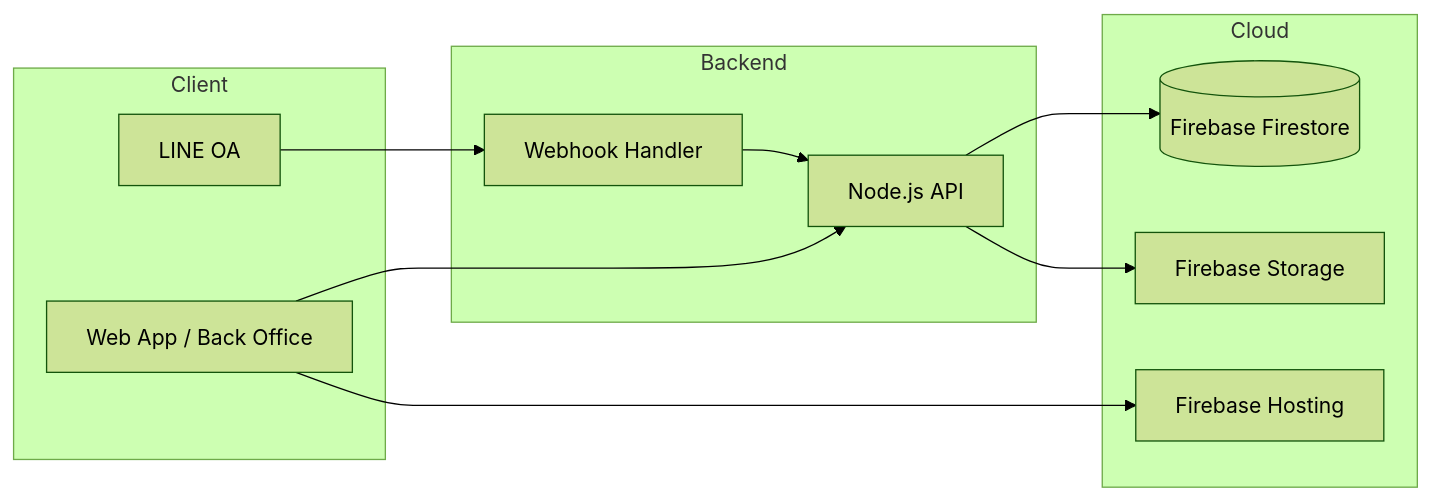
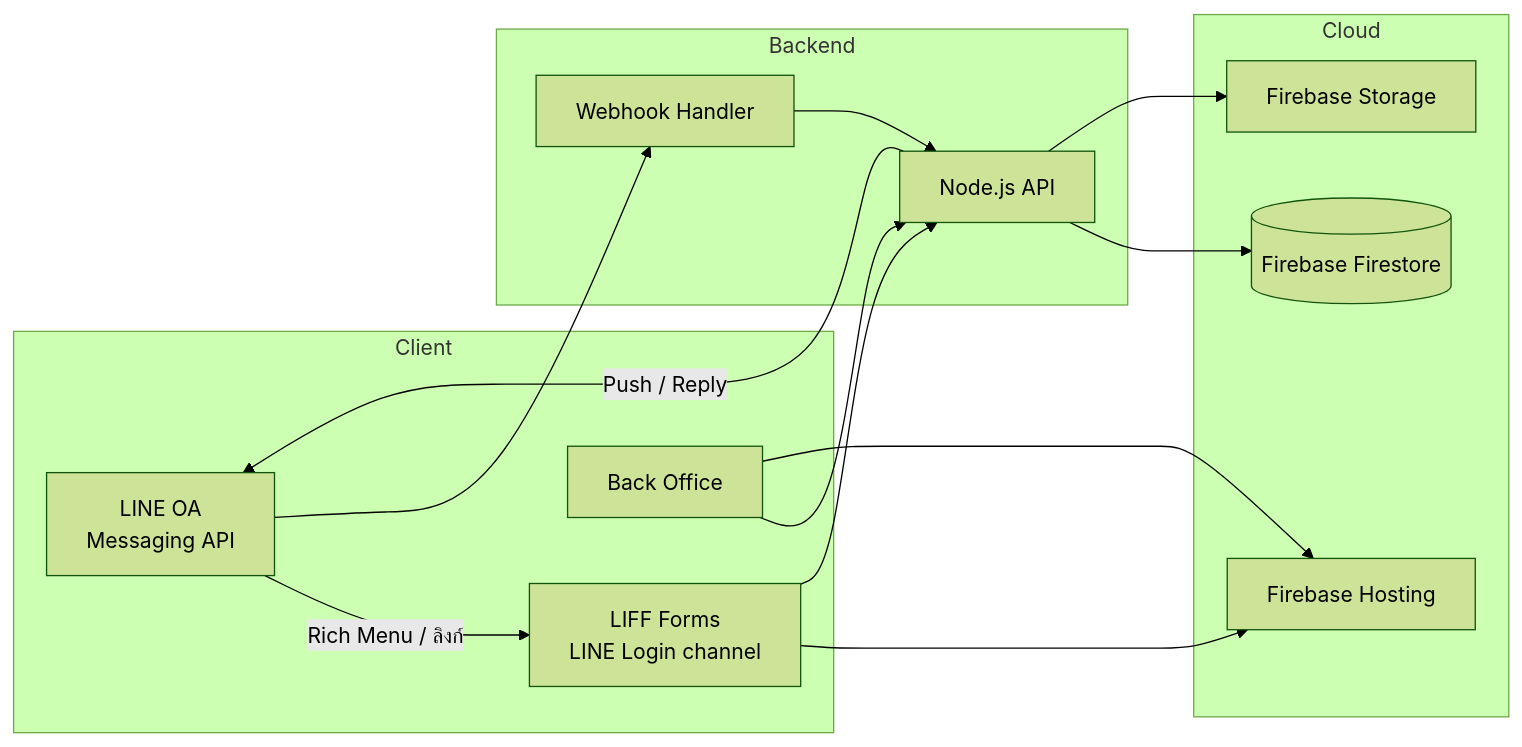
One commit to Cakenomsod/Fastwork_ABTA changed the diagram in ABTA-System/07-Tech-Stack.md. Above: the diagram before and after it, drawn with Mermaid (forest theme). The commit also changed other lines of this file and 7 other files, not shown here.

Commit message:
Refine membership flow: updated to promote permanent membership after registrar approval, revised temporary receipt issuance, and enhanced documentation for legacy member verification and LINE UID binding. Adjusted workflows and status definitions for clarity.

````diff
--- a/ABTA-System/07-Tech-Stack.md
+++ b/ABTA-System/07-Tech-Stack.md
@@ -39,25 +86,30 @@
 ```mermaid
 flowchart LR
     subgraph Client
-        LINE[LINE OA]
-        WEB[Web App / Back Office]
+        OA[LINE OA\nMessaging API]
+        LIFF[LIFF Forms\nLINE Login channel]
+        WEB[Back Office]
     end
 
     subgraph Backend
         API[Node.js API]
         WH[Webhook Handler]
     end
 
     subgraph Cloud
         FB[(Firebase Firestore)]
         HOST[Firebase Hosting]
         STORAGE[Firebase Storage]
     end
 
-    LINE --> WH
+    OA -->|Rich Menu / ลิงก์| LIFF
+    OA --> WH
+    LIFF --> HOST
+    LIFF --> API
     WEB --> API
     WH --> API
     API --> FB
     API --> STORAGE
+    API -->|Push / Reply| OA
     WEB --> HOST
 ```
````
